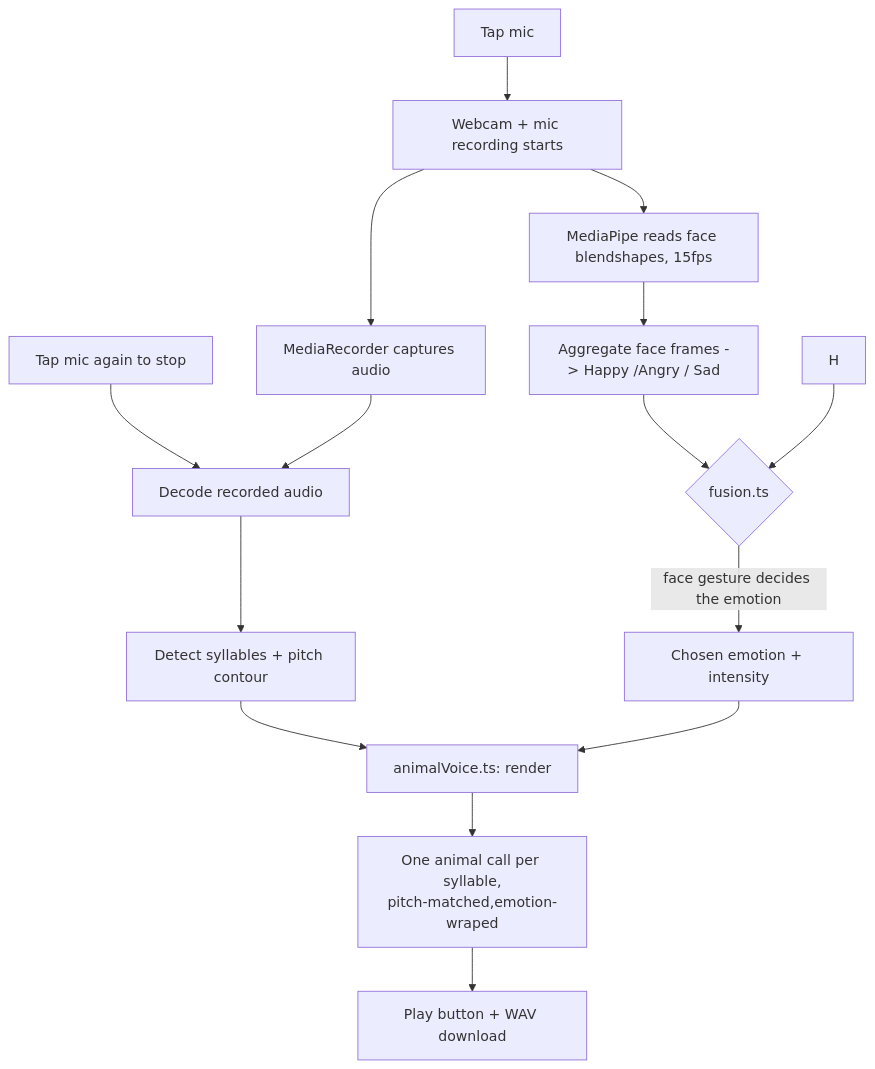
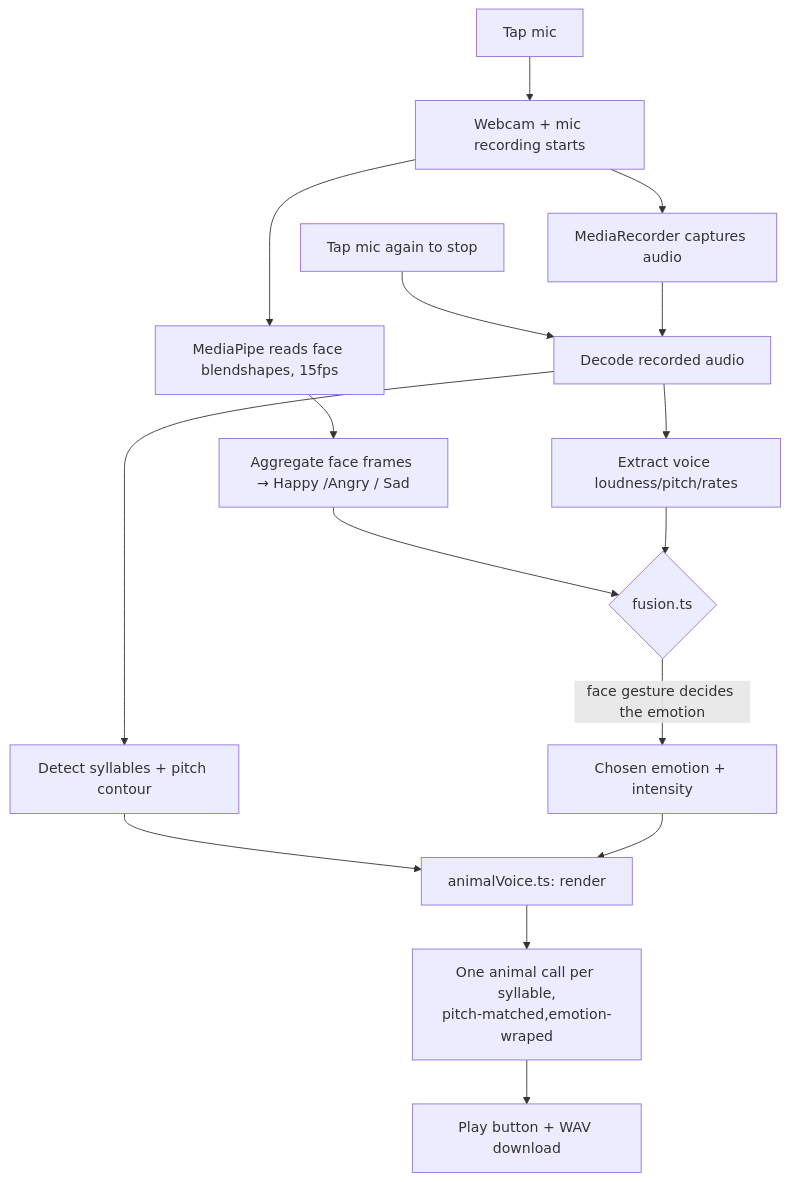
Before and after one commit to FireMax-Bot/ZOO_ODA_VELAYATTAM_useless_project_3.0: the diagram in README.md, drawn with Mermaid.

Commit message:
Fix arrow symbols in README flowchart
Updated arrow symbols in flowchart for clarity.

````diff
--- a/README.md
+++ b/README.md
@@ -152,17 +152,18 @@
 ```mermaid
 flowchart TD
     A[Tap mic] --> B[Webcam + mic recording starts]
     B --> C[MediaPipe reads face blendshapes, 15fps]
     B --> D[MediaRecorder captures audio]
     A2[Tap mic again to stop] --> E[Decode recorded audio]
     D --> E
-    C --> F[Aggregate face frames -> Happy /Angry / Sad]
+    C --> F[Aggregate face frames → Happy /Angry / Sad]
     E --> G[Detect syllables + pitch contour]
+    E --> H[Extract voice loudness/pitch/rates]
     F --> I{fusion.ts}
     H --> I
     I -->|face gesture decides the emotion| J[Chosen emotion + intensity]
     G --> K[animalVoice.ts: render]
     J --> K
     K --> L[One animal call per syllable,<br/>pitch-matched,emotion-wraped]
     L --> M[Play button + WAV download]
 ```
````
